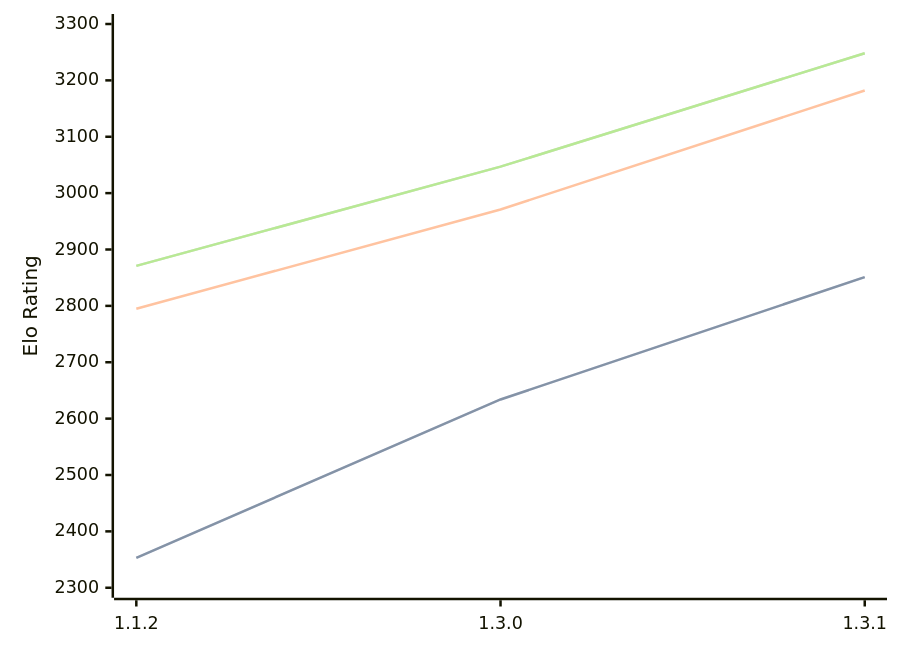
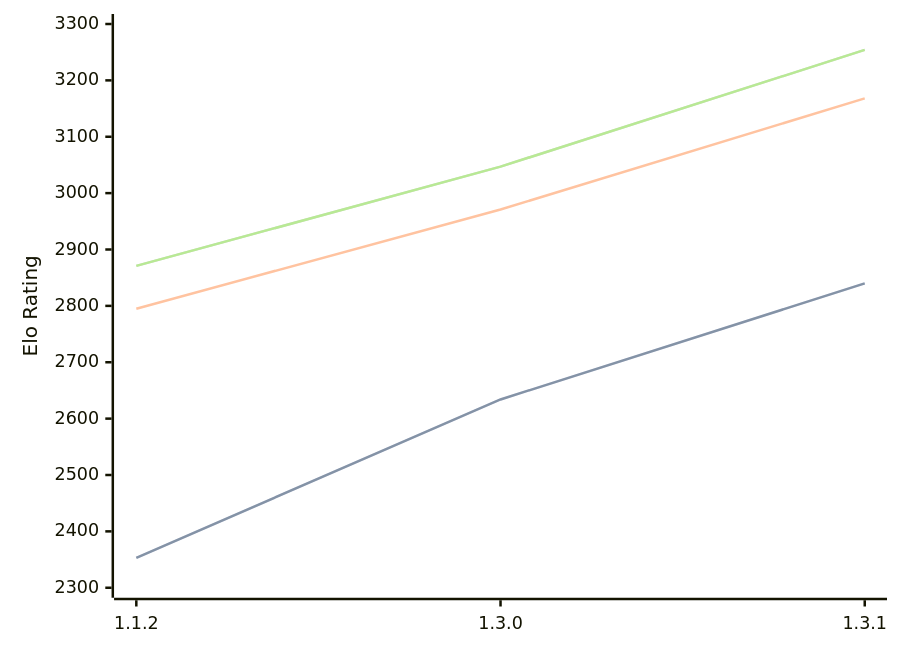
The diagram in engines/Ember.md (computer-chess-index/cci), drawn with Mermaid before and after one commit. The commit also changed other lines of this file, not shown here.

Commit message:
Update CCI Ratings (ELO VLTC) - 2026-09-26

````diff
--- a/engines/Ember.md
+++ b/engines/Ember.md
@@ -42,11 +42,11 @@
 ```mermaid
 %%{init: {"theme":"base","themeVariables":{"seriesColors:['#a3a3a3','#222221','#faa371']}}}%%
 xychart-beta
   x-axis ["1.1.2", "1.3.0", "1.3.1"]
   y-axis "Elo Rating" 2300 --> 3300
-  line "" [2353, 2634, 2851]
-  line "STC (8.0+0.08s)" [2353, 2634, 2851]
-  line "LTC (60.0+0.60s)" [2795, 2971, 3182]
-  line "" [2871, 3047, 3248]
-  line "VLTC (2m24s+1.12s)" [2871, 3047, 3248]
+  line "" [2353, 2634, 2840]
+  line "STC (8.0+0.08s)" [2353, 2634, 2840]
+  line "LTC (60.0+0.60s)" [2795, 2971, 3168]
+  line "" [2871, 3047, 3254]
+  line "VLTC (2m24s+1.12s)" [2871, 3047, 3254]
 ```
````
